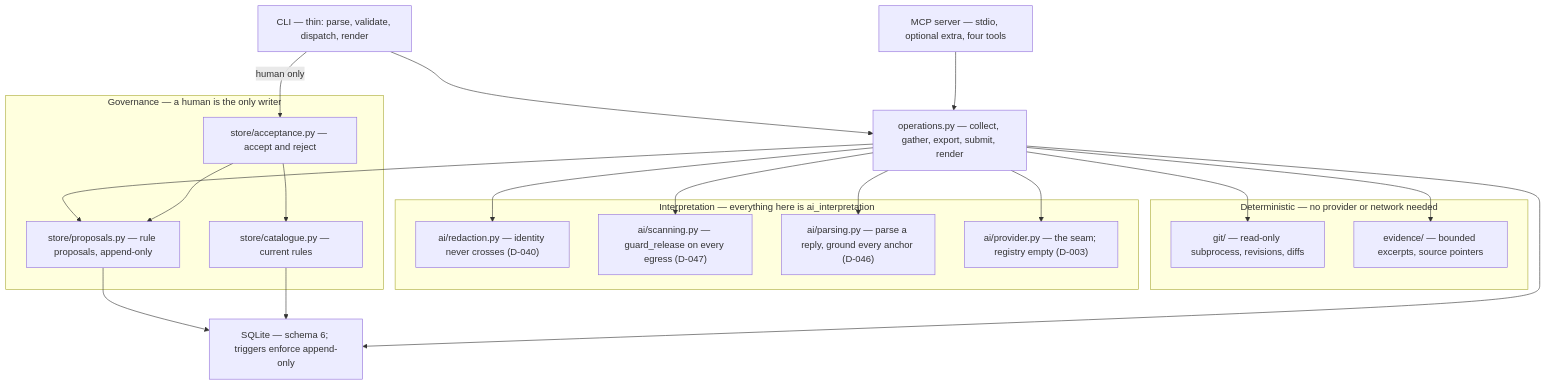
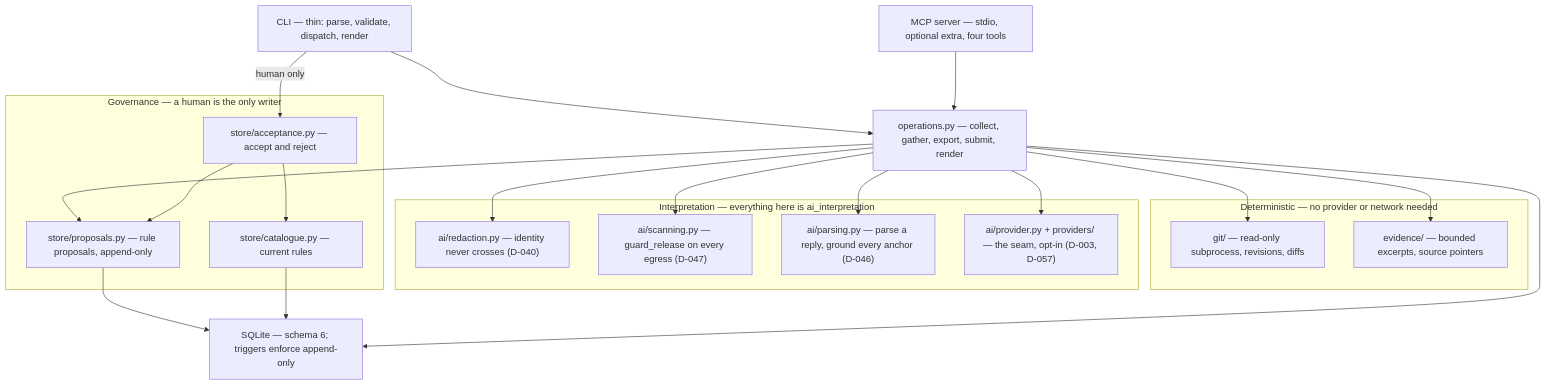
The first of 3 diagrams in ARCHITECTURE.md (padjis/claudine), drawn with Mermaid before and after one commit. The commit also changed other lines of this file and 16 other files, not shown here.

````diff
--- a/ARCHITECTURE.md
+++ b/ARCHITECTURE.md
@@ -33,42 +33,42 @@
 ```mermaid
 flowchart TD
     CLI["CLI — thin: parse, validate, dispatch, render"]
     MCP["MCP server — stdio, optional extra, four tools"]
     OPS["operations.py — collect, gather, export, submit, render"]
 
     subgraph DET["Deterministic — no provider or network needed"]
         GIT["git/ — read-only subprocess, revisions, diffs"]
         EV["evidence/ — bounded excerpts, source pointers"]
     end
 
     subgraph INT["Interpretation — everything here is ai_interpretation"]
         RED["ai/redaction.py — identity never crosses (D-040)"]
         SCAN["ai/scanning.py — guard_release on every egress (D-047)"]
         PARSE["ai/parsing.py — parse a reply, ground every anchor (D-046)"]
-        PROV["ai/provider.py — the seam; registry empty (D-003)"]
+        PROV["ai/provider.py + providers/ — the seam, opt-in (D-003, D-057)"]
     end
 
     subgraph GOV["Governance — a human is the only writer"]
         REV["store/acceptance.py — accept and reject"]
         CAT["store/catalogue.py — current rules"]
         PROP["store/proposals.py — rule proposals, append-only"]
     end
 
     DB["SQLite — schema 6; triggers enforce append-only"]
 
     CLI --> OPS
     MCP --> OPS
     CLI -->|"human only"| REV
     OPS --> GIT
     OPS --> EV
     OPS --> RED
     OPS --> SCAN
     OPS --> PARSE
     OPS --> PROV
     OPS --> PROP
     REV --> CAT
     REV --> PROP
     PROP --> DB
     CAT --> DB
     OPS --> DB
 ```
````
